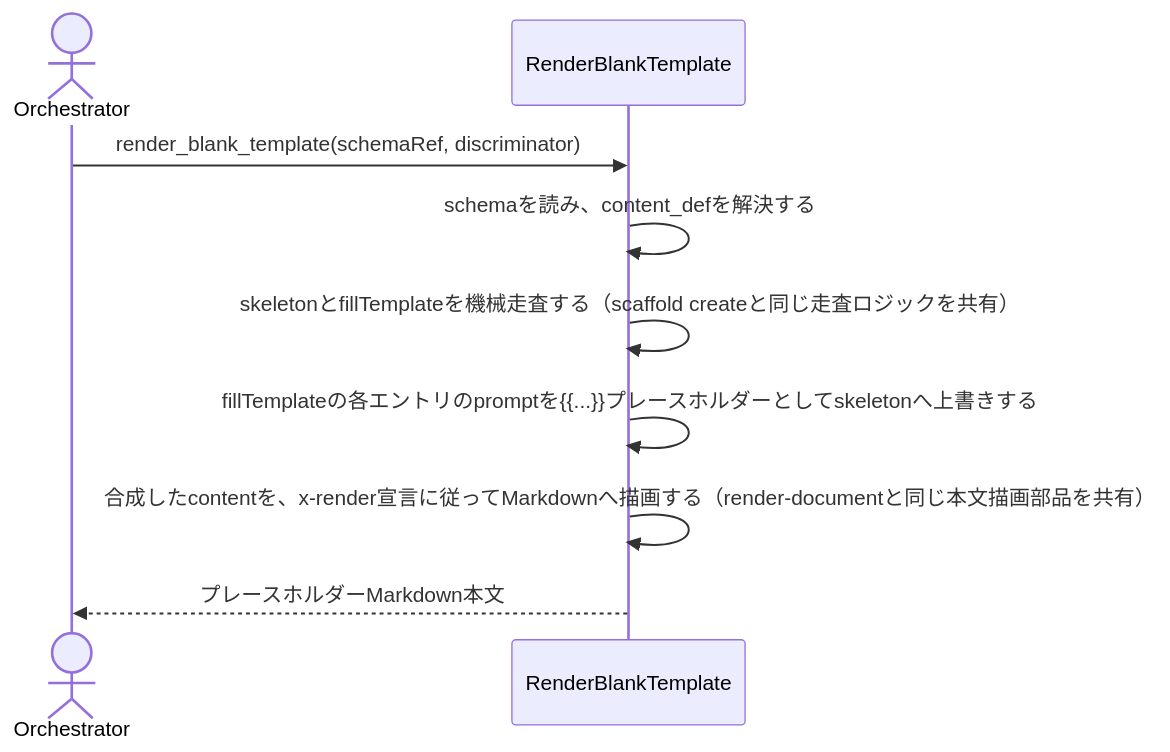
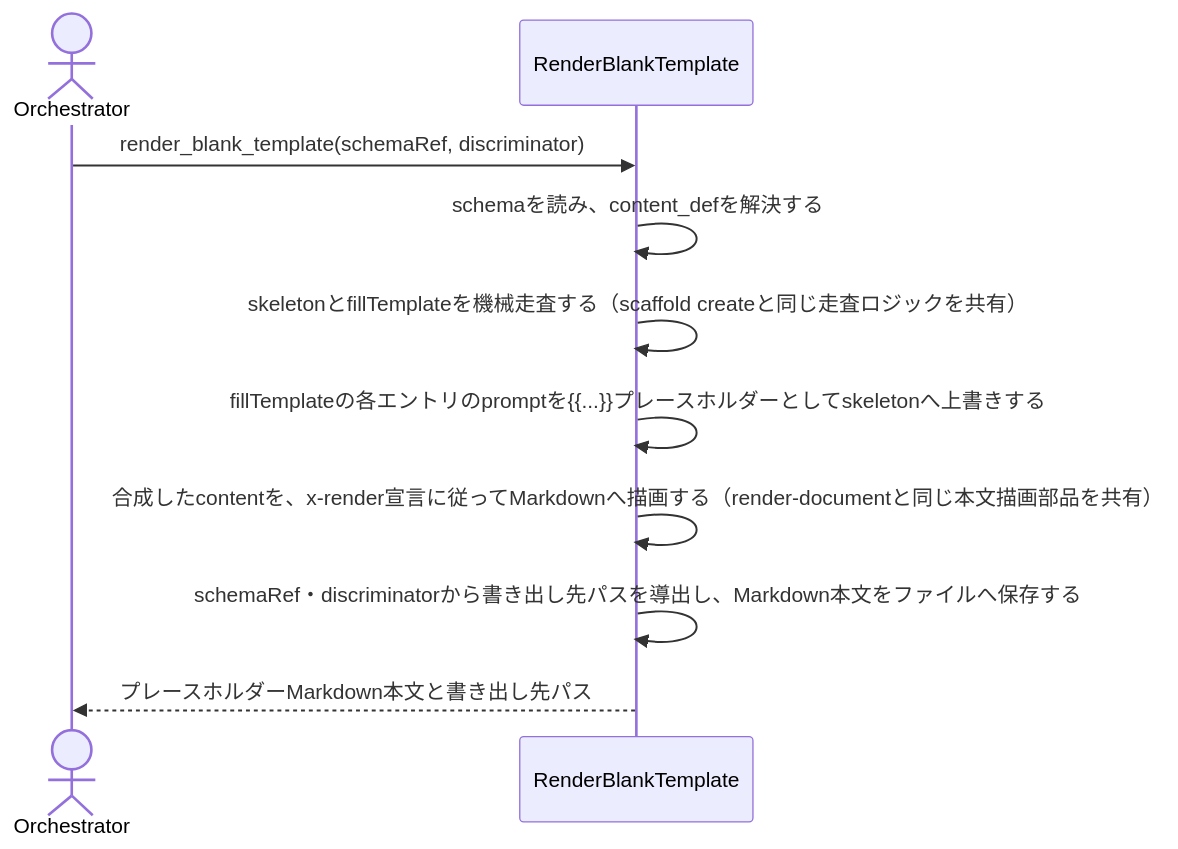
Before and after one commit to daidaiiro-519/waffle: the diagram in .waffle/specs/bc-waffle/subdomain/sd-document-management/usecase/uc-render-blank-template.md, drawn with Mermaid. The commit also changed other lines of this file and 9 other files, not shown here.

First line of the commit message:
render-blank-templateにファイル出力を追加する: .waffle/templates/blank/配下へ書き出す

````diff
--- a/.waffle/specs/bc-waffle/subdomain/sd-document-management/usecase/uc-render-blank-template.md
+++ b/.waffle/specs/bc-waffle/subdomain/sd-document-management/usecase/uc-render-blank-template.md
@@ -36,10 +36,11 @@
 ```mermaid
 sequenceDiagram
     actor Orchestrator
     Orchestrator->>RenderBlankTemplate: render_blank_template(schemaRef, discriminator)
     RenderBlankTemplate->>RenderBlankTemplate: schemaを読み、content_defを解決する
     RenderBlankTemplate->>RenderBlankTemplate: skeletonとfillTemplateを機械走査する（scaffold createと同じ走査ロジックを共有）
     RenderBlankTemplate->>RenderBlankTemplate: fillTemplateの各エントリのpromptを{{...}}プレースホルダーとしてskeletonへ上書きする
     RenderBlankTemplate->>RenderBlankTemplate: 合成したcontentを、x-render宣言に従ってMarkdownへ描画する（render-documentと同じ本文描画部品を共有）
-    RenderBlankTemplate-->>Orchestrator: プレースホルダーMarkdown本文
+    RenderBlankTemplate->>RenderBlankTemplate: schemaRef・discriminatorから書き出し先パスを導出し、Markdown本文をファイルへ保存する
+    RenderBlankTemplate-->>Orchestrator: プレースホルダーMarkdown本文と書き出し先パス
 ```
````
